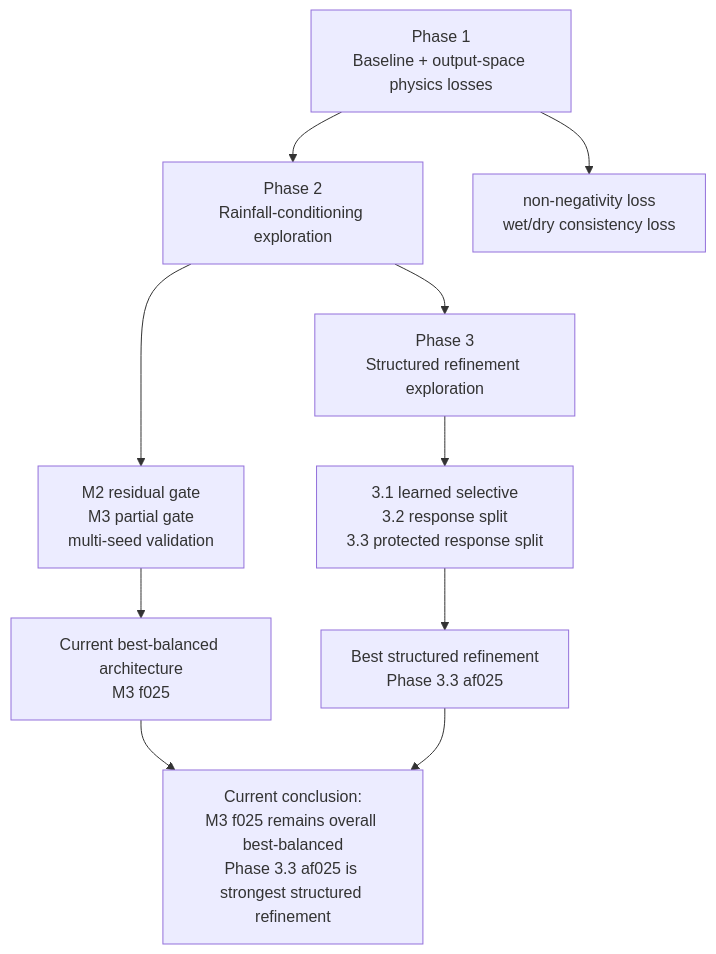
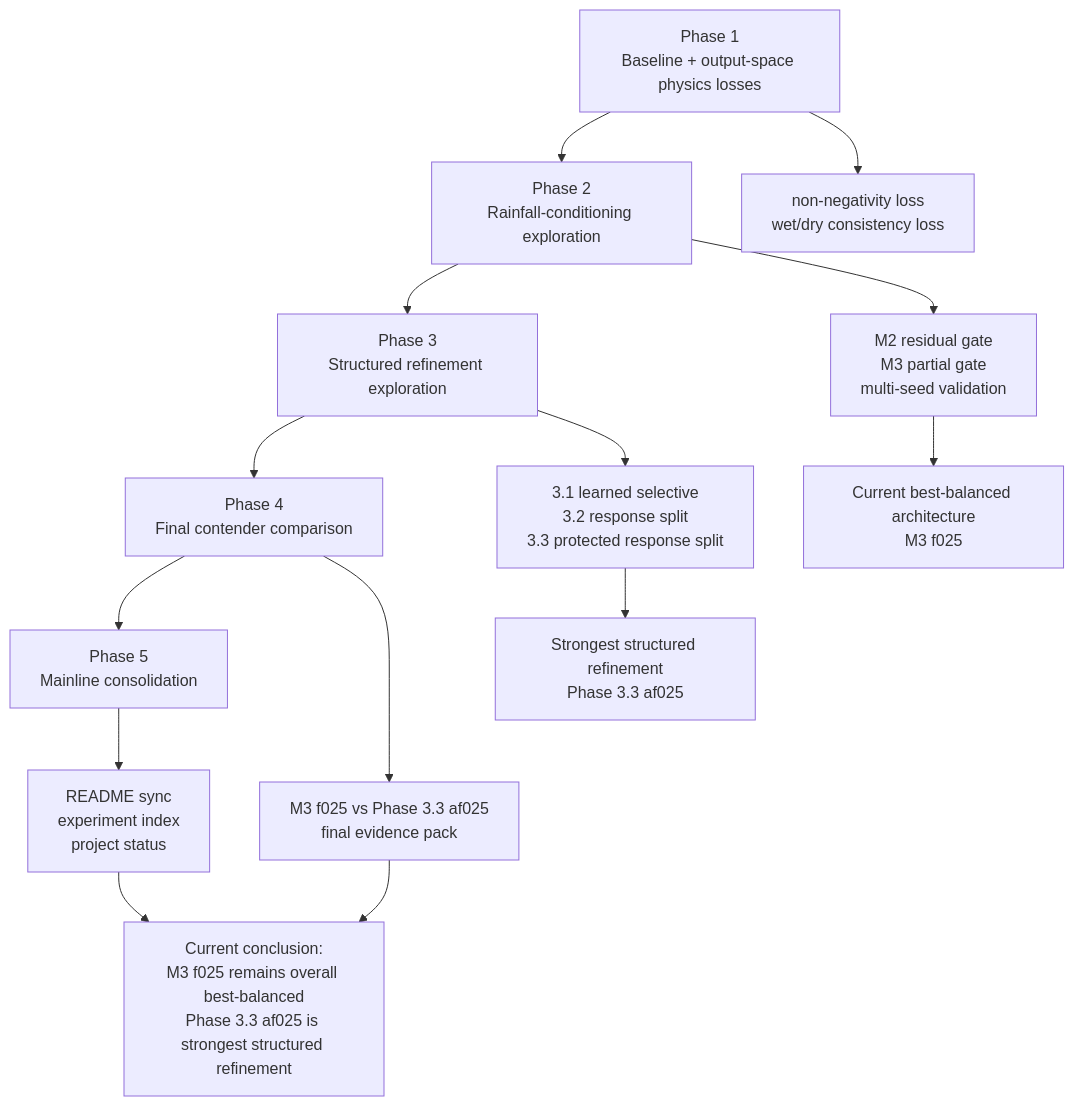
The second of 2 diagrams in README.md (HolyLin990604/physics-guided-urban-flood-prediction), drawn with Mermaid before and after one commit. The commit also changed other lines of this file, not shown here.

Commit message:
Finalize README stage flow and remove duplicate Phase 4 section

````diff
--- a/README.md
+++ b/README.md
@@ -140,17 +127,20 @@
 ```mermaid
 flowchart TD
     A[Phase 1<br/>Baseline + output-space physics losses] --> B[Phase 2<br/>Rainfall-conditioning exploration]
     B --> C[Phase 3<br/>Structured refinement exploration]
+    C --> D[Phase 4<br/>Final contender comparison]
+    D --> E[Phase 5<br/>Mainline consolidation]
 
     A --> A1[non-negativity loss<br/>wet/dry consistency loss]
     B --> B1[M2 residual gate<br/>M3 partial gate<br/>multi-seed validation]
     C --> C1[3.1 learned selective<br/>3.2 response split<br/>3.3 protected response split]
+    D --> D1[M3 f025 vs Phase 3.3 af025<br/>final evidence pack]
+    E --> E1[README sync<br/>experiment index<br/>project status]
 
-    B1 --> D[Current best-balanced architecture<br/>M3 f025]
-    C1 --> E[Best structured refinement<br/>Phase 3.3 af025]
+    B1 --> F[Current best-balanced architecture<br/>M3 f025]
+    C1 --> G[Strongest structured refinement<br/>Phase 3.3 af025]
+    D1 --> H[Project-level conclusion confirmed]
+    E1 --> H
 
-    D --> F[Project conclusion]
-    E --> F
-
-    F[Current conclusion:<br/>M3 f025 remains overall best-balanced<br/>Phase 3.3 af025 is strongest structured refinement]
+    H[Current conclusion:<br/>M3 f025 remains overall best-balanced<br/>Phase 3.3 af025 is strongest structured refinement]
 ```
````
